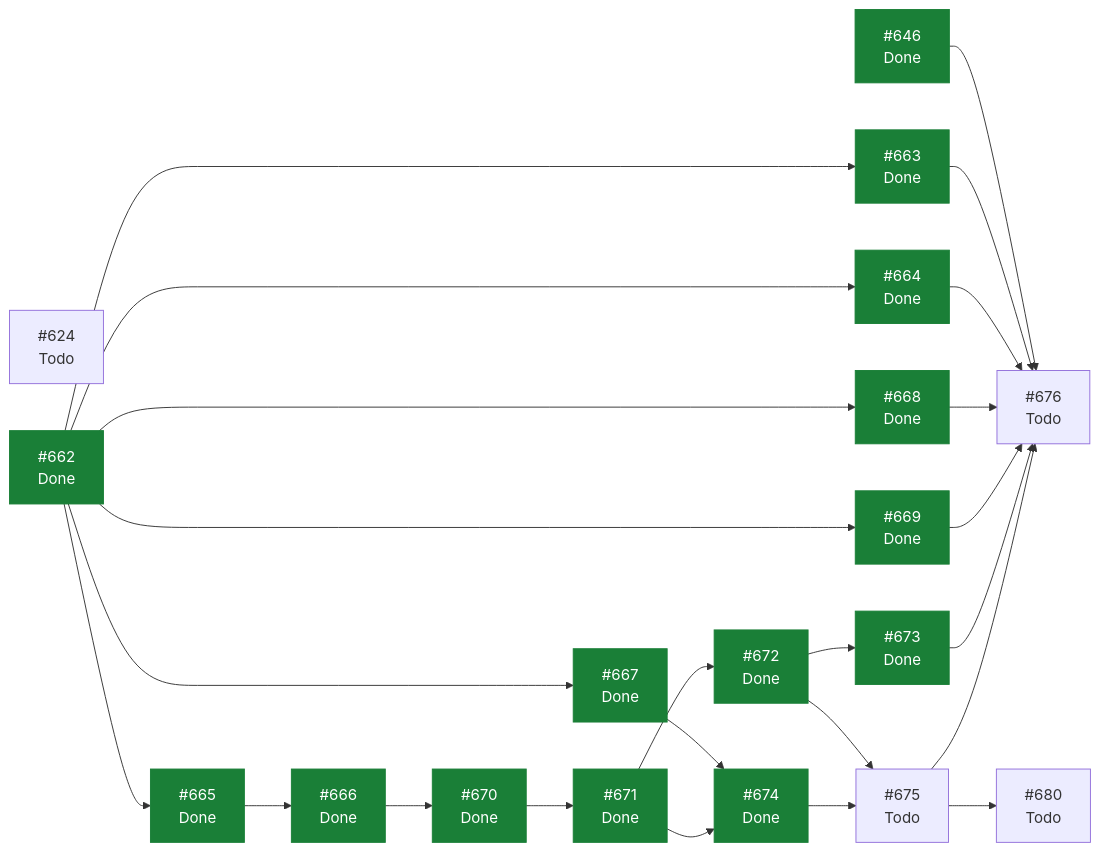
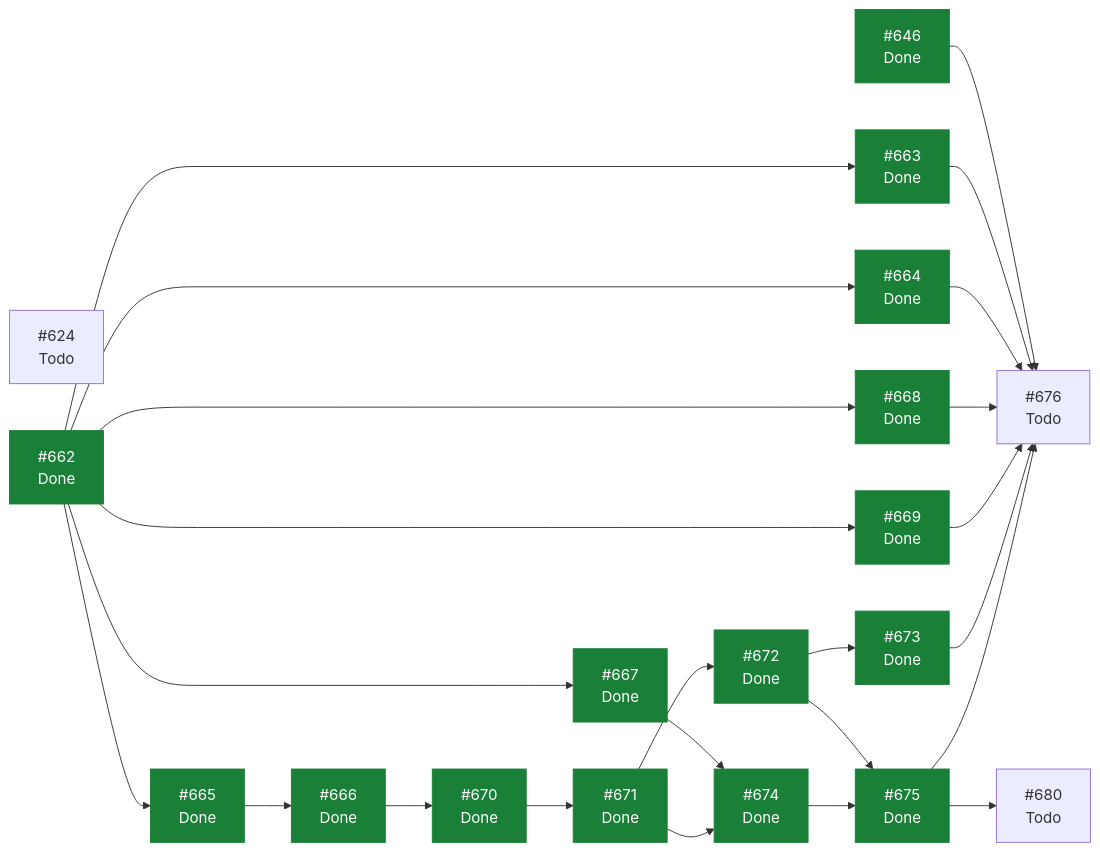
The diagram in docs/planning/STATUS.md (ecamp0s/evault), drawn with Mermaid before and after one commit. The commit also changed other lines of this file, not shown here.

````diff
--- a/docs/planning/STATUS.md
+++ b/docs/planning/STATUS.md
@@ -114,46 +115,46 @@
 ```mermaid
 graph LR
   I624["#624<br/>Todo"]
   I646["#646<br/>Done"]
   I662["#662<br/>Done"]
   I663["#663<br/>Done"]
   I664["#664<br/>Done"]
   I665["#665<br/>Done"]
   I666["#666<br/>Done"]
   I667["#667<br/>Done"]
   I668["#668<br/>Done"]
   I669["#669<br/>Done"]
   I670["#670<br/>Done"]
   I671["#671<br/>Done"]
   I672["#672<br/>Done"]
   I673["#673<br/>Done"]
   I674["#674<br/>Done"]
-  I675["#675<br/>Todo"]
+  I675["#675<br/>Done"]
   I676["#676<br/>Todo"]
   I680["#680<br/>Todo"]
   I646 --> I676
   I662 --> I663
   I662 --> I664
   I662 --> I665
   I662 --> I667
   I662 --> I668
   I662 --> I669
   I663 --> I676
   I664 --> I676
   I665 --> I666
   I666 --> I670
   I667 --> I674
   I668 --> I676
   I669 --> I676
   I670 --> I671
   I671 --> I672
   I671 --> I674
   I672 --> I673
   I672 --> I675
   I673 --> I676
   I674 --> I675
   I675 --> I676
   I675 --> I680
   classDef hecho fill:#1a7f37,stroke:#1a7f37,color:#fff;
-  class I646,I662,I663,I664,I665,I666,I667,I668,I669,I670,I671,I672,I673,I674 hecho;
+  class I646,I662,I663,I664,I665,I666,I667,I668,I669,I670,I671,I672,I673,I674,I675 hecho;
 ```
````
